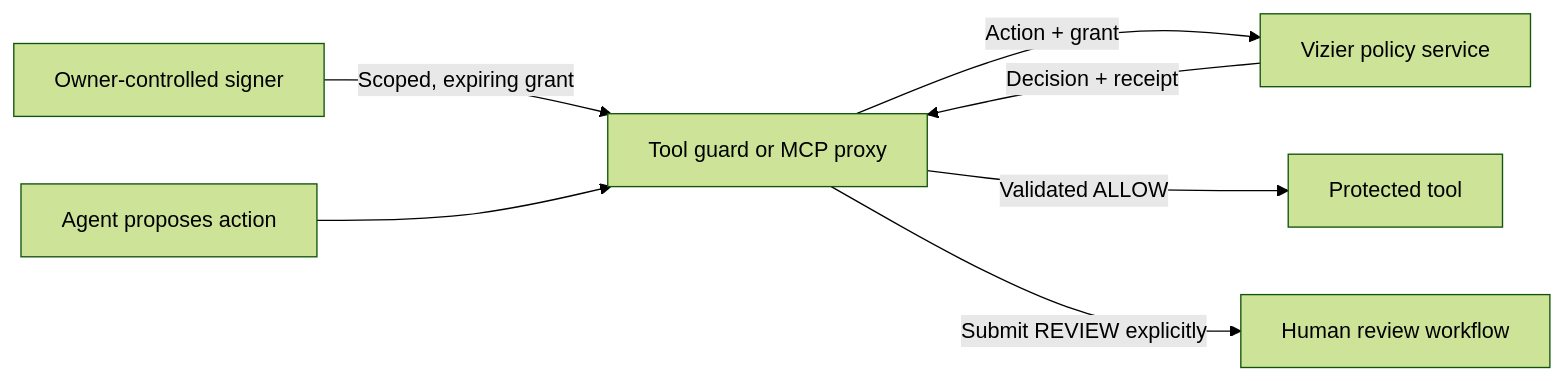
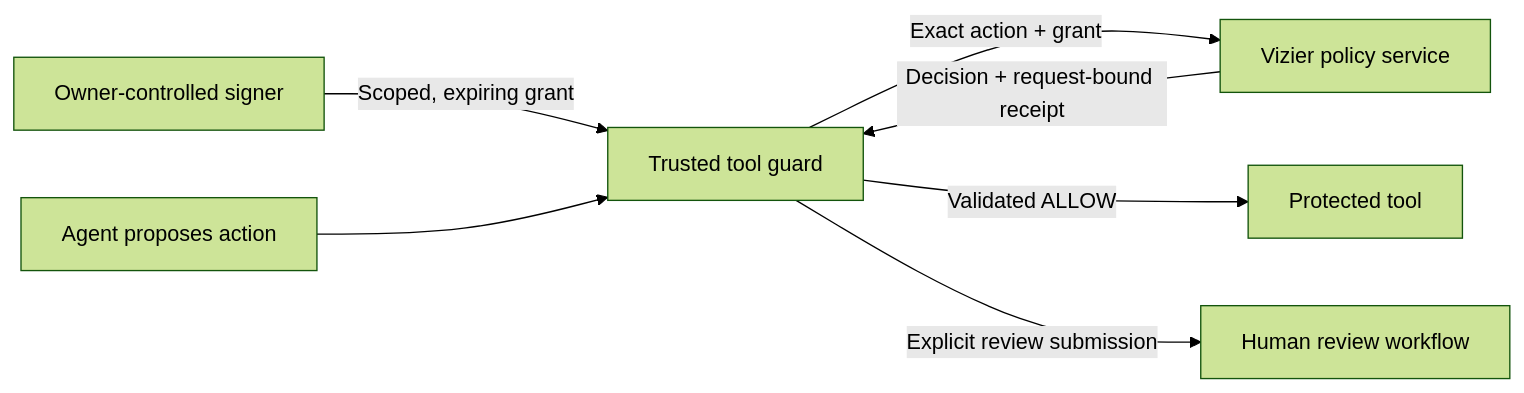
One commit to vassiliylakhonin/vizier changed the diagram in README.md. Above: the diagram before and after it, drawn with Mermaid (forest theme). The commit also changed other lines of this file, not shown here.

````diff
--- a/README.md
+++ b/README.md
@@ -105,9 +56,9 @@
 ```mermaid
 flowchart LR
-    Owner[Owner-controlled signer] -->|Scoped, expiring grant| Guard[Tool guard or MCP proxy]
+    Owner[Owner-controlled signer] -->|Scoped, expiring grant| Guard[Trusted tool guard]
     Agent[Agent proposes action] --> Guard
-    Guard -->|Action + grant| Vizier[Vizier policy service]
-    Vizier -->|Decision + receipt| Guard
+    Guard -->|Exact action + grant| Vizier[Vizier policy service]
+    Vizier -->|Decision + request-bound receipt| Guard
     Guard -->|Validated ALLOW| Tool[Protected tool]
-    Guard -->|Submit REVIEW explicitly| Human[Human review workflow]
+    Guard -->|Explicit review submission| Human[Human review workflow]
 ```
````
